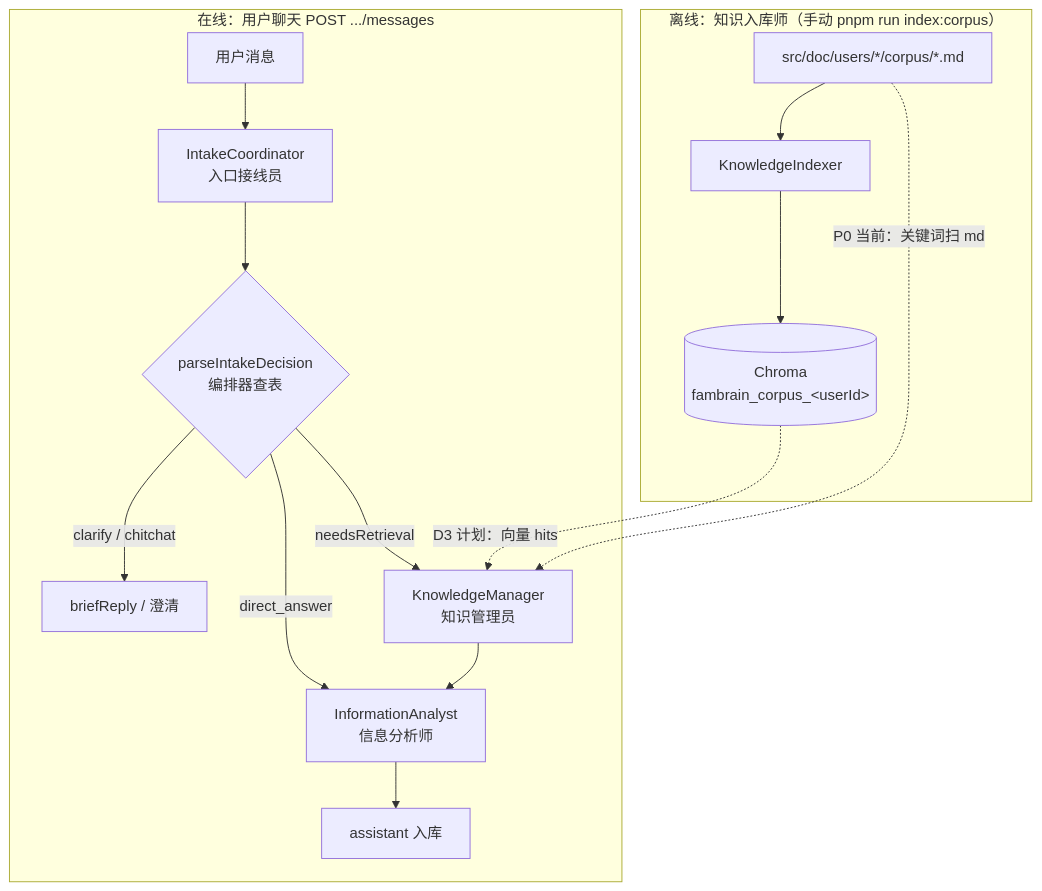
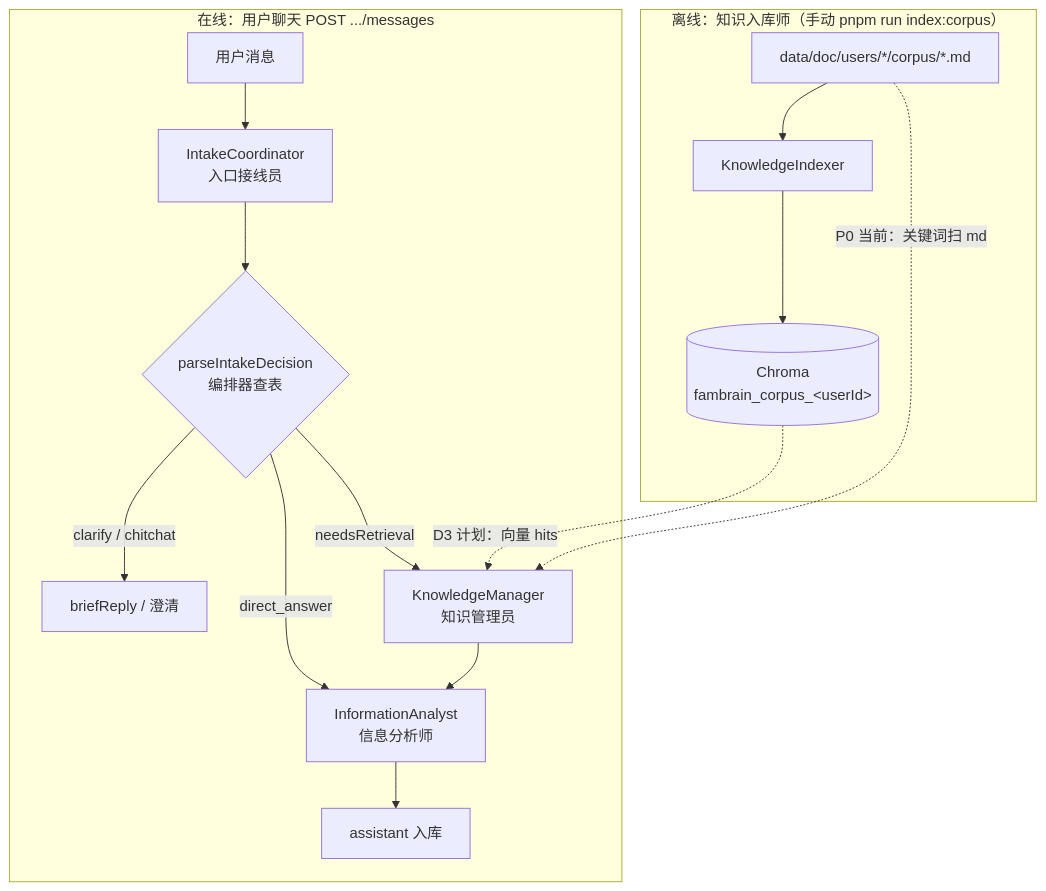
One commit to panzhanfei/fambrain-agents changed the first of 6 diagrams in docs/02-agent-flows.md. Above: the diagram before and after it, drawn with Mermaid. The commit also changed other lines of this file and 189 other files, not shown here.

````diff
--- a/docs/02-agent-flows.md
+++ b/docs/02-agent-flows.md
@@ -19,22 +19,22 @@
 ```mermaid
 flowchart TB
   subgraph offline ["离线：知识入库师（手动 pnpm run index:corpus）"]
-    MD["src/doc/users/*/corpus/*.md"]
+    MD["data/doc/users/*/corpus/*.md"]
     KI["KnowledgeIndexer"]
     CH[("Chroma<br/>fambrain_corpus_&lt;userId&gt;")]
     MD --> KI --> CH
   end
 
   subgraph online ["在线：用户聊天 POST .../messages"]
     U[用户消息] --> IC[IntakeCoordinator<br/>入口接线员]
     IC --> P{parseIntakeDecision<br/>编排器查表}
     P -->|clarify / chitchat| R1[briefReply / 澄清]
     P -->|needsRetrieval| KM[KnowledgeManager<br/>知识管理员]
     P -->|direct_answer| IA[InformationAnalyst<br/>信息分析师]
     KM --> IA
     IA --> OUT[assistant 入库]
   end
 
   CH -.->|D3 计划：向量 hits| KM
   MD -.->|P0 当前：关键词扫 md| KM
 ```
````
